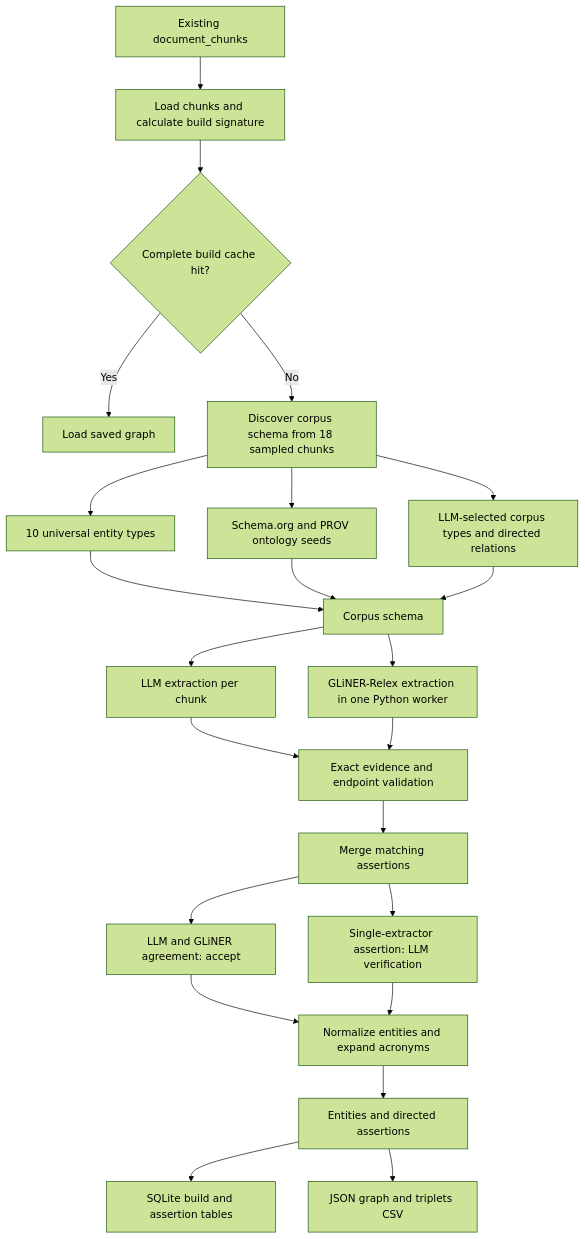
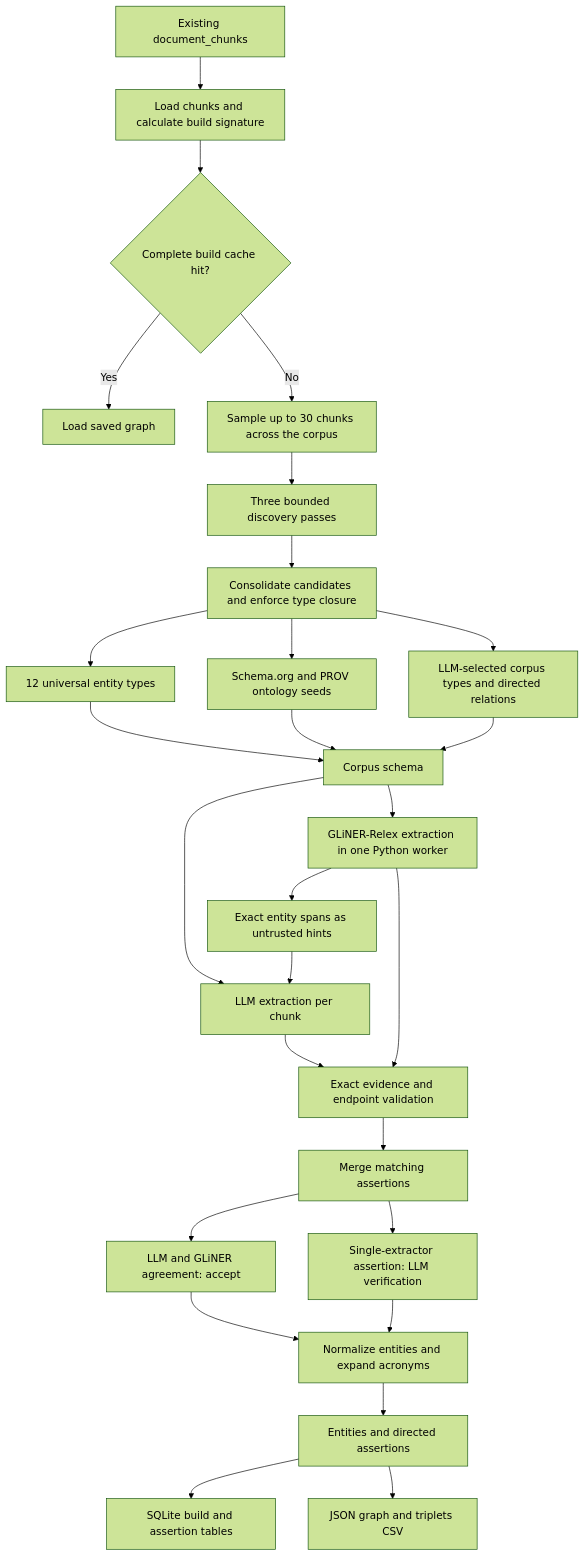
The diagram in src/lib/server/knowledge-graph-new/ARCHITECTURE_AND_FINDINGS.md (hoshikunai/Deployable-Knowledge), drawn with Mermaid (forest theme) before and after one commit. The commit also changed other lines of this file and 24 other files, not shown here.

````diff
--- a/src/lib/server/knowledge-graph-new/ARCHITECTURE_AND_FINDINGS.md
+++ b/src/lib/server/knowledge-graph-new/ARCHITECTURE_AND_FINDINGS.md
@@ -12,30 +39,35 @@
 ```mermaid
 flowchart TD
     A["Existing document_chunks"] --> B["Load chunks and calculate build signature"]
     B --> C{"Complete build cache hit?"}
     C -- Yes --> K["Load saved graph"]
-    C -- No --> D["Discover corpus schema from 18 sampled chunks"]
+    C -- No --> D["Sample up to 30 chunks across the corpus"]
 
-    D --> D1["10 universal entity types"]
-    D --> D2["Schema.org and PROV ontology seeds"]
-    D --> D3["LLM-selected corpus types and directed relations"]
+    D --> D0["Three bounded discovery passes"]
+    D0 --> D00["Consolidate candidates and enforce type closure"]
+
+    D00 --> D1["12 universal entity types"]
+    D00 --> D2["Schema.org and PROV ontology seeds"]
+    D00 --> D3["LLM-selected corpus types and directed relations"]
 
     D1 --> E
     D2 --> E
     D3 --> E["Corpus schema"]
 
-    E --> F["LLM extraction per chunk"]
     E --> G["GLiNER-Relex extraction in one Python worker"]
+    E --> F["Allowed extraction schema"]
+    G --> G1["Exact entity spans as untrusted hints"]
+    G1 --> F["LLM extraction per chunk"]
 
     F --> H["Exact evidence and endpoint validation"]
     G --> H
     H --> I["Merge matching assertions"]
     I --> I1["LLM and GLiNER agreement: accept"]
     I --> I2["Single-extractor assertion: LLM verification"]
 
     I1 --> J["Normalize entities and expand acronyms"]
     I2 --> J
     J --> L["Entities and directed assertions"]
     L --> M["SQLite build and assertion tables"]
     L --> N["JSON graph and triplets CSV"]
 ```
````
